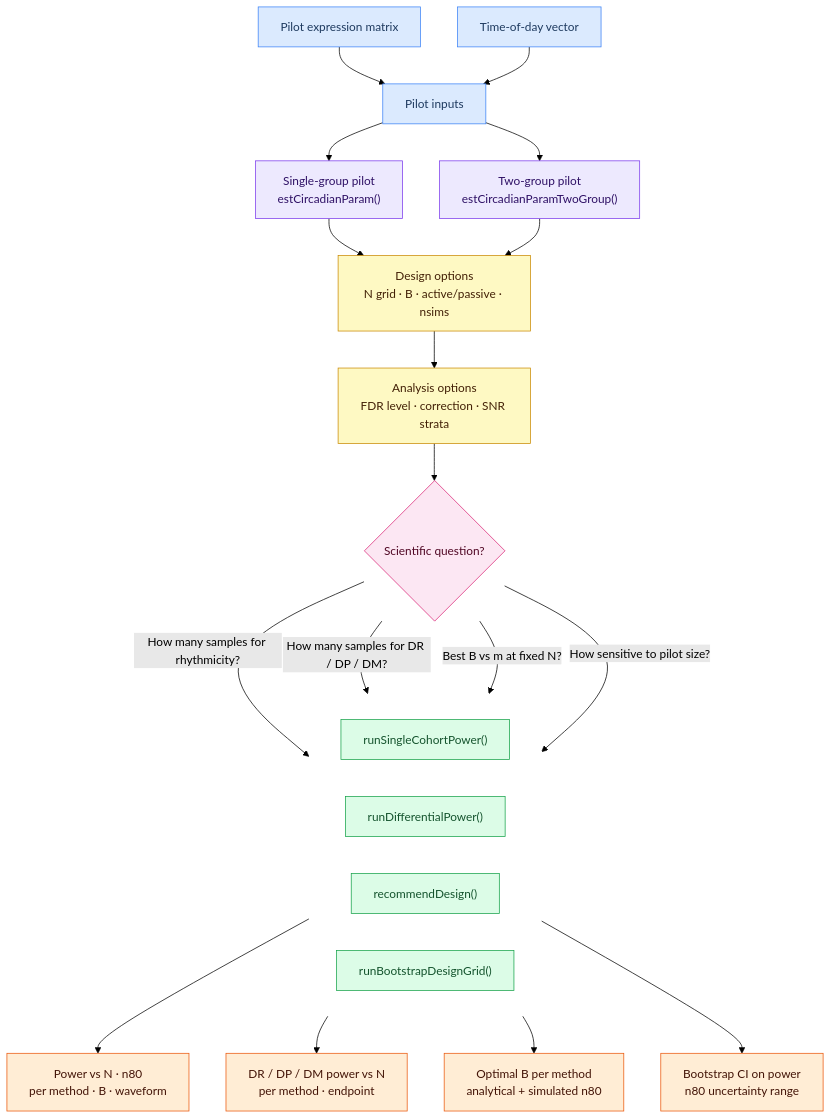
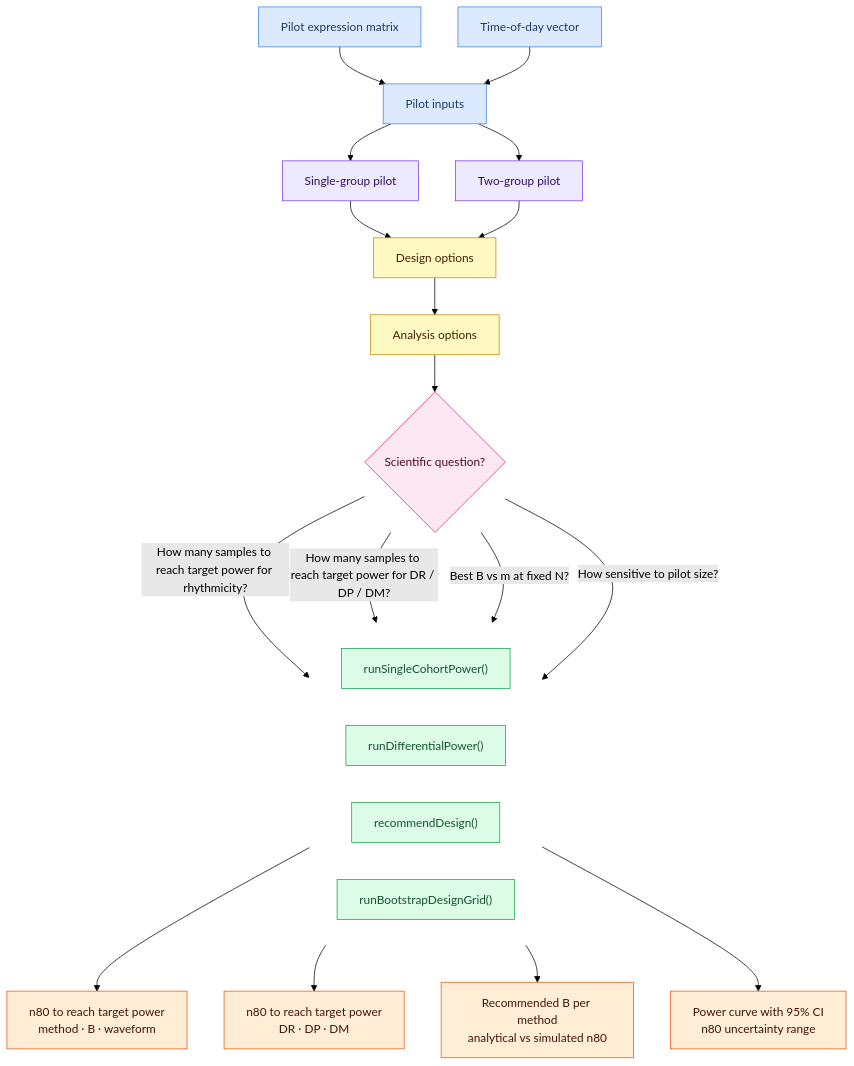
The diagram in vignettes/SCP_vignette.md (quythien/SCP), drawn with Mermaid (forest theme) before and after one commit. The commit also changed other lines of this file, not shown here.

Commit message:
Simplify flowchart: clean nodes, spell out questions, move legends below

````diff
--- a/vignettes/SCP_vignette.md
+++ b/vignettes/SCP_vignette.md
@@ -65,72 +65,67 @@
 ```mermaid
 flowchart TD
 
     A["Pilot expression matrix"]
     B["Time-of-day vector"]
     I["Pilot inputs"]
 
-    C["Single-group pilot
-estCircadianParam()"]
-    D["Two-group pilot
-estCircadianParamTwoGroup()"]
+    C["Single-group pilot"]
+    D["Two-group pilot"]
 
-    E["Design options
-N grid · B · active/passive · nsims"]
-
-    F["Analysis options
-FDR level · correction · SNR strata"]
+    E["Design options"]
+    F["Analysis options"]
 
     G{"Scientific question?"}
 
     subgraph RUNNERS[" "]
         direction LR
         SC["runSingleCohortPower()"]
         DF["runDifferentialPower()"]
         BM["recommendDesign()"]
         BS["runBootstrapDesignGrid()"]
     end
 
-    R1["Power vs N · n80
-per method · B · waveform"]
-    R2["DR / DP / DM power vs N
-per method · endpoint"]
-    R3["Optimal B per method
-analytical + simulated n80"]
-    R4["Bootstrap CI on power
+    R1["n80 to reach target power
+method · B · waveform"]
+    R2["n80 to reach target power
+DR · DP · DM"]
+    R3["Recommended B per method
+analytical vs simulated n80"]
+    R4["Power curve with 95% CI
 n80 uncertainty range"]
 
     A --> I
     B --> I
     I --> C
     I --> D
     C --> E
     D --> E
     E --> F
     F --> G
 
-    G -- "How many samples for rhythmicity?" --> SC
-    G -- "How many samples for DR / DP / DM?" --> DF
+    G -- "How many samples to reach target power for rhythmicity?" --> SC
+    G -- "How many samples to reach target power for DR / DP / DM?" --> DF
     G -- "Best B vs m at fixed N?" --> BM
     G -- "How sensitive to pilot size?" --> BS
 
     SC --> R1
     DF --> R2
     BM --> R3
     BS --> R4
 
     classDef input   fill:#dbeafe,stroke:#3b82f6,color:#1e3a5f
     classDef est     fill:#ede9fe,stroke:#7c3aed,color:#2e1065
     classDef opts    fill:#fef9c3,stroke:#ca8a04,color:#422006
     classDef decide  fill:#fce7f3,stroke:#db2777,color:#500724
     classDef runner  fill:#dcfce7,stroke:#16a34a,color:#14532d
     classDef result  fill:#ffedd5,stroke:#ea580c,color:#431407
     classDef hidden  fill:none,stroke:none,color:none
 
     class A,B,I input
     class C,D est
     class E,F opts
     class G decide
     class SC,DF,BM,BS runner
     class R1,R2,R3,R4 result
     class RUNNERS hidden
 ```
````
